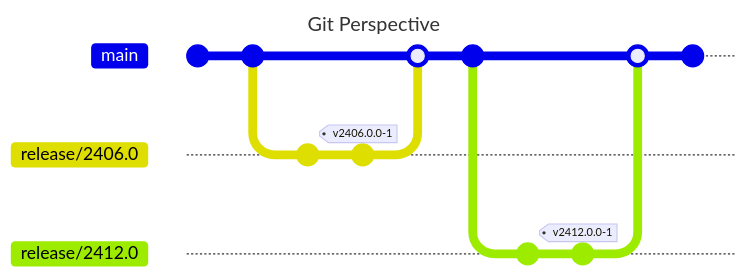
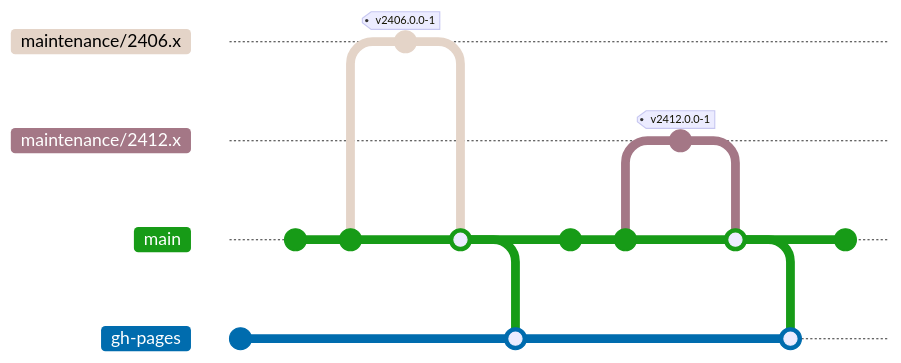
The diagram in website/dev/release/steps/00-introduction.md (CoreMedia/coremedia-globallink-connect-integration), drawn with Mermaid before and after one commit. The commit also changed other lines of this file and 4 other files, not shown here. Commit ids are hidden.

````diff
--- a/website/dev/release/steps/00-introduction.md
+++ b/website/dev/release/steps/00-introduction.md
@@ -36,22 +35,42 @@
 ```mermaid
 ---
-title: "Git Perspective"
 config:
   theme: 'default'
+  themeVariables:
+      'git0': '#e4d4c8'
+      'git1': '#a47786'
+      'git2': '#179b17'
+      'git3': '#006cae'
+      'git4': '#dd342b'
+      'gitBranchLabel0': '#000000'
+      'gitBranchLabel1': '#ffffff'
+      'gitBranchLabel2': '#ffffff'
+      'gitBranchLabel3': '#ffffff'
+      'gitBranchLabel4': '#ffffff'
+  gitGraph:
+    mainBranchOrder: 97
 ---
 gitGraph:
-  commit
-  commit
-  branch "release/2406.0"
-  commit
-  commit tag: "v2406.0.0-1"
+  branch gh-pages order: 98
+  commit id: "orphaned"
   checkout main
-  merge "release/2406.0"
-  commit
-  branch "release/2412.0"
-  commit
-  commit tag: "v2412.0.0-1"
+  commit id: " "
+  commit id: "maintenance/2406.x"
+  branch "maintenance/2406.x"
+  commit id: "  " tag: "v2406.0.0-1"
   checkout main
-  merge "release/2412.0"
-  commit
+  merge "maintenance/2406.x"
+  checkout gh-pages
+  merge main
+  checkout main
+  commit id: "   "
+  commit id: "maintenance/2412.x"
+  branch "maintenance/2412.x"
+  commit id: "    " tag: "v2412.0.0-1"
+  checkout main
+  merge "maintenance/2412.x"
+  checkout gh-pages
+  merge main
+  checkout main
+  commit id: "..."
 ```
````
